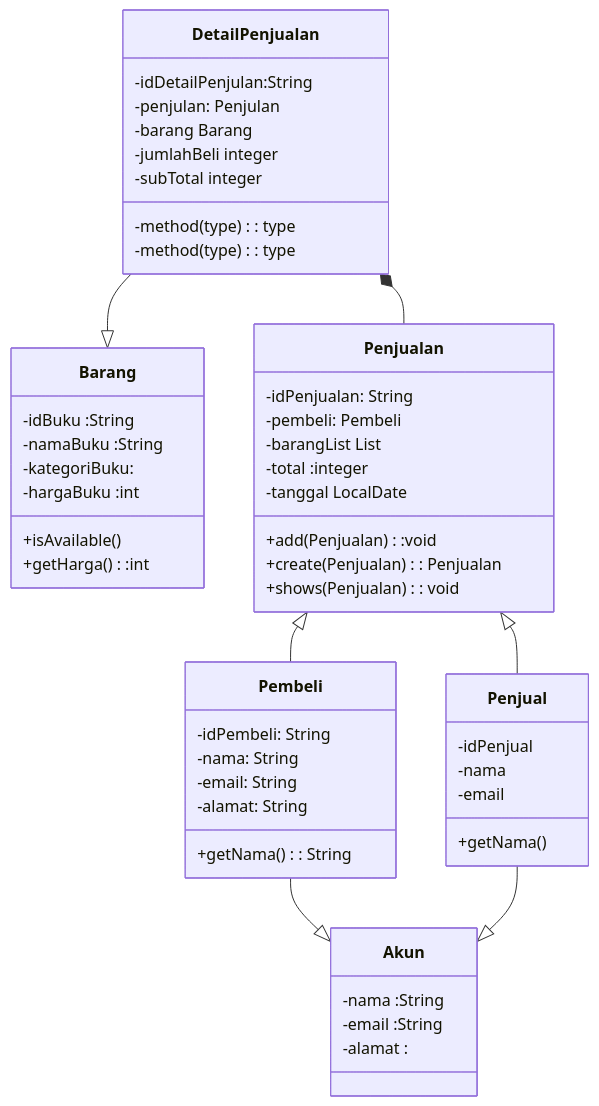
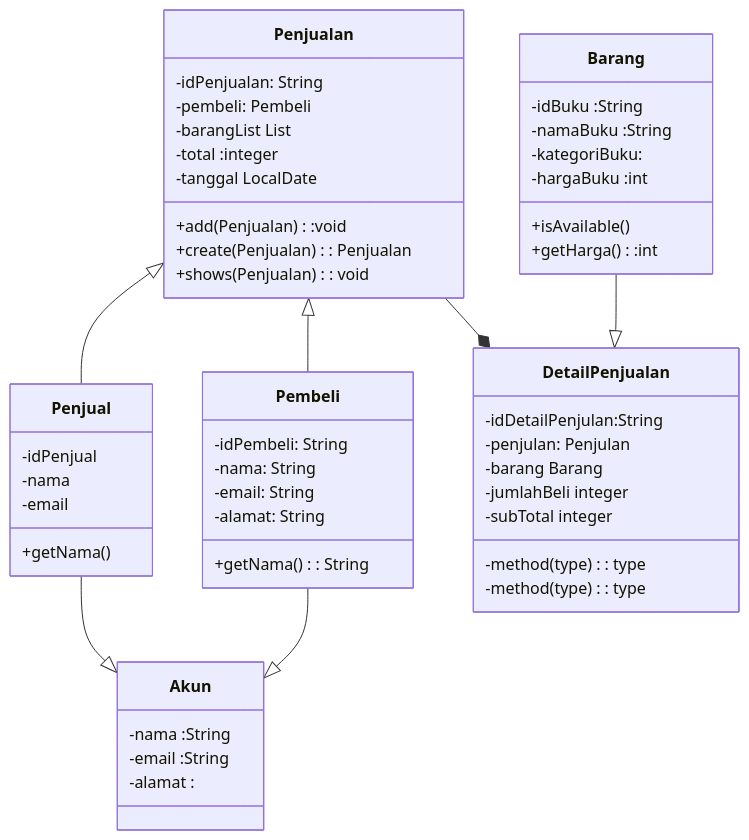
Before and after one commit to ikhsanhazamy/UAS-DASPRO: the diagram in README.md, drawn with Mermaid.

````diff
--- a/README.md
+++ b/README.md
@@ -3,58 +3,58 @@
 ```mermaid
 classDiagram
     class Akun{
         -nama :String
         -email :String
         -alamat :
     }
     class Barang{
         -idBuku :String
         -namaBuku :String
         -kategoriBuku:
         -hargaBuku :int
         +isAvailable() 
         +getHarga():int
     }
     class Pembeli{
         -idPembeli: String 
         -nama: String 
         -email: String 
         -alamat: String 
         +getNama(): String
     }
 
     class Penjual{
         -idPenjual
         -nama
         -email
         +getNama()
     }
     class Penjualan{
         -idPenjualan: String 
         -pembeli: Pembeli 
         -barangList List<Barang>  
         -total :integer  
         -tanggal LocalDate  
         +add(Penjualan):void   
         +create(Penjualan): Penjualan   
         +shows(Penjualan): void   
     }
     class DetailPenjualan{
         -idDetailPenjulan:String   
         -penjulan: Penjulan   
         -barang Barang    
         -jumlahBeli integer    
         -subTotal integer    
         -method(type): type    
         -method(type): type
     }
 
     
-    DetailPenjualan --|> Barang
-    DetailPenjualan *-- Penjualan
+    Barang --|> DetailPenjualan
+    Penjualan --*  DetailPenjualan
     Pembeli --|> Akun
     Penjual --|> Akun
     Penjualan <|-- Pembeli
     Penjualan <|-- Penjual
     
 ```
````
